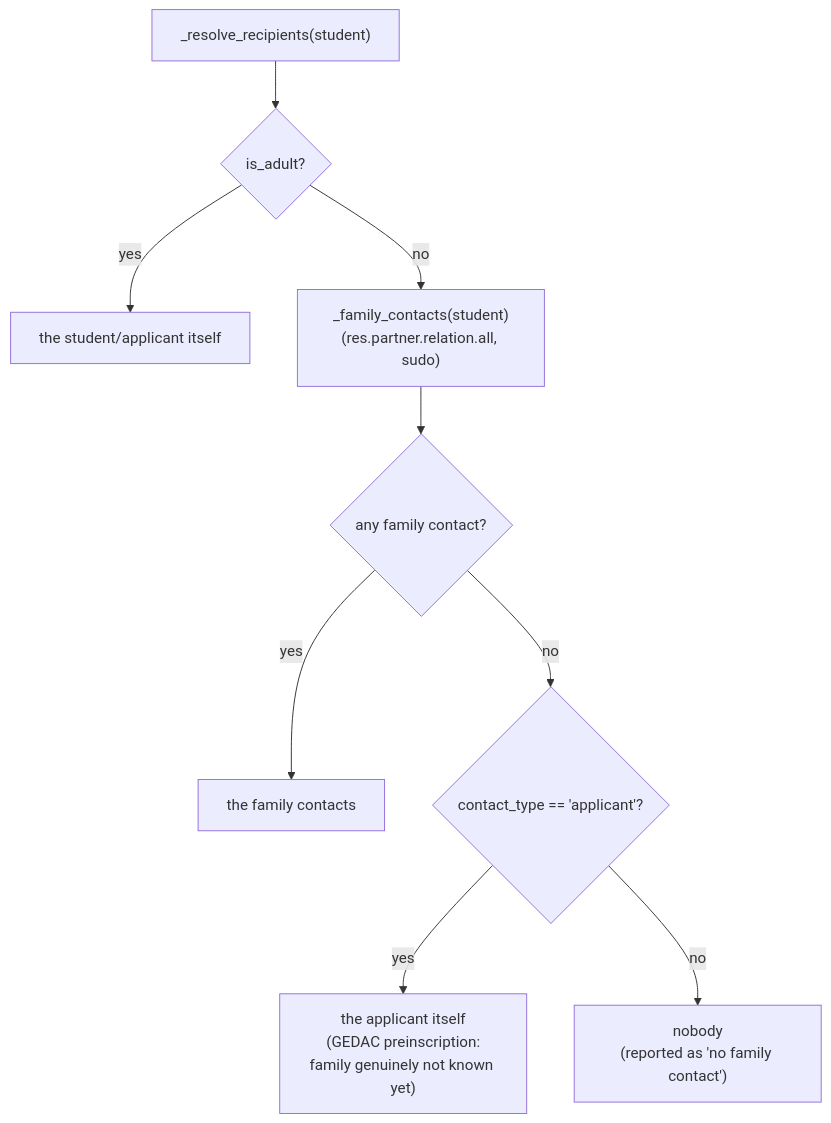
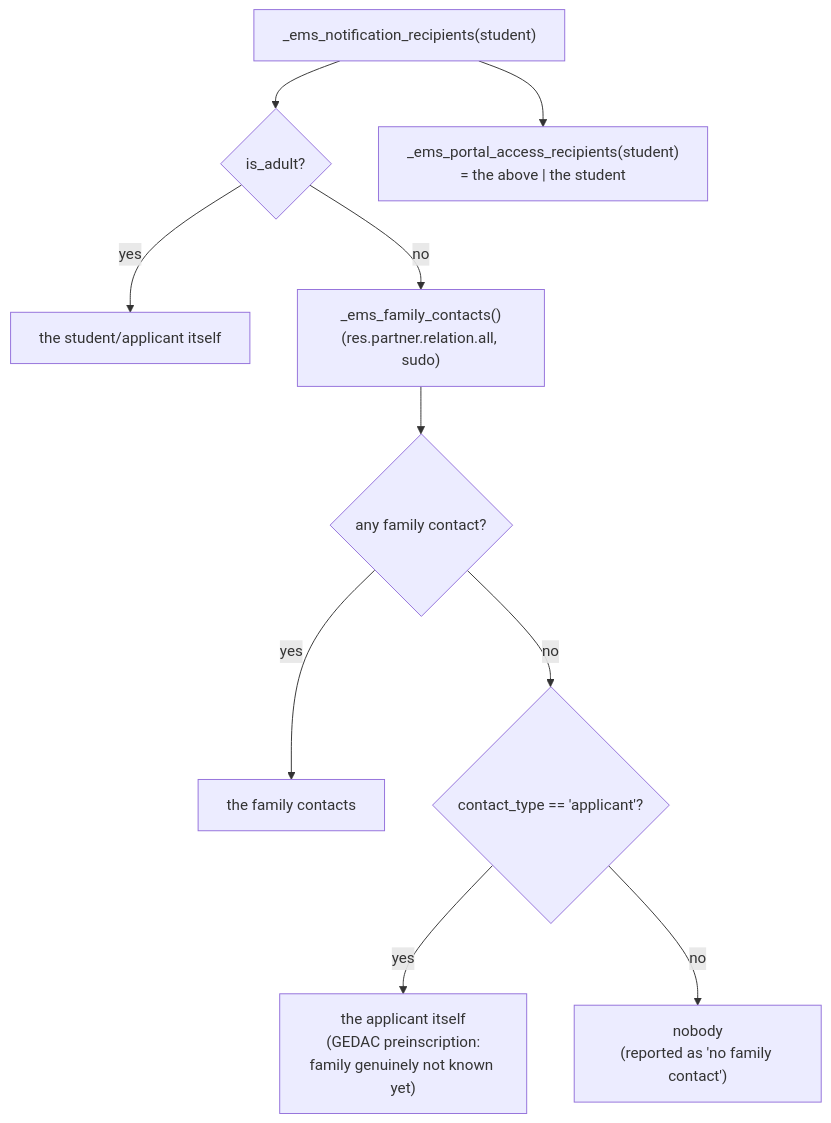
One commit to ElPuig/EMS changed the first of 2 diagrams in docs/en/developers/contacts/portal_access_wizard.md. Above: the diagram before and after it, drawn with Mermaid. The commit also changed other lines of this file and 125 other files, not shown here.

````diff
--- a/docs/en/developers/contacts/portal_access_wizard.md
+++ b/docs/en/developers/contacts/portal_access_wizard.md
@@ -15,11 +23,12 @@
 ```mermaid
 flowchart TD
-    A["_resolve_recipients(student)"] --> B{"is_adult?"}
+    A["_ems_notification_recipients(student)"] --> B{"is_adult?"}
     B -- yes --> C["the student/applicant itself"]
-    B -- no --> D["_family_contacts(student)\n(res.partner.relation.all, sudo)"]
+    B -- no --> D["_ems_family_contacts()\n(res.partner.relation.all, sudo)"]
     D --> E{"any family contact?"}
     E -- yes --> F["the family contacts"]
     E -- no --> G{"contact_type == 'applicant'?"}
     G -- yes --> H["the applicant itself\n(GEDAC preinscription:\nfamily genuinely not known yet)"]
     G -- no --> I["nobody\n(reported as 'no family contact')"]
+    A --> P["_ems_portal_access_recipients(student)\n= the above | the student"]
 ```
````
